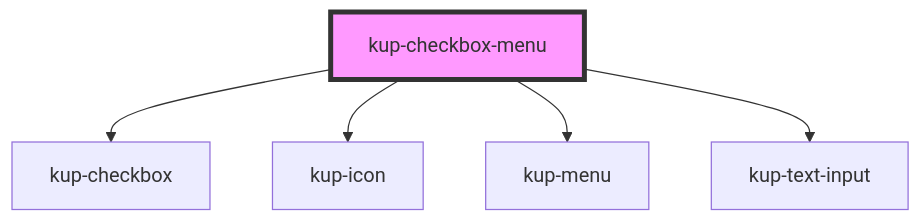
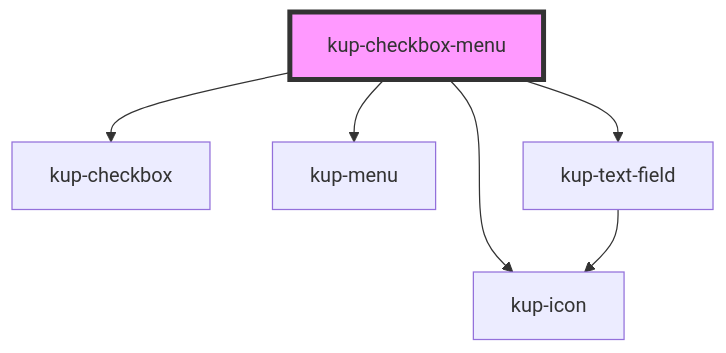
One commit to smeup/ketchup changed the diagram in packages/ketchup/src/components/kup-checkbox-menu/readme.md. Above: the diagram before and after it, drawn with Mermaid. The commit also changed other lines of this file and 32 other files, not shown here.

Commit message:
Rendamed kup-fld to kup-field. Implented field showcase.

````diff
--- a/packages/ketchup/src/components/kup-checkbox-menu/readme.md
+++ b/packages/ketchup/src/components/kup-checkbox-menu/readme.md
@@ -38,8 +38,9 @@
 ```mermaid
 graph TD;
   kup-checkbox-menu --> kup-checkbox
   kup-checkbox-menu --> kup-icon
   kup-checkbox-menu --> kup-menu
-  kup-checkbox-menu --> kup-text-input
+  kup-checkbox-menu --> kup-text-field
+  kup-text-field --> kup-icon
   style kup-checkbox-menu fill:#f9f,stroke:#333,stroke-width:4px
 ```
````
